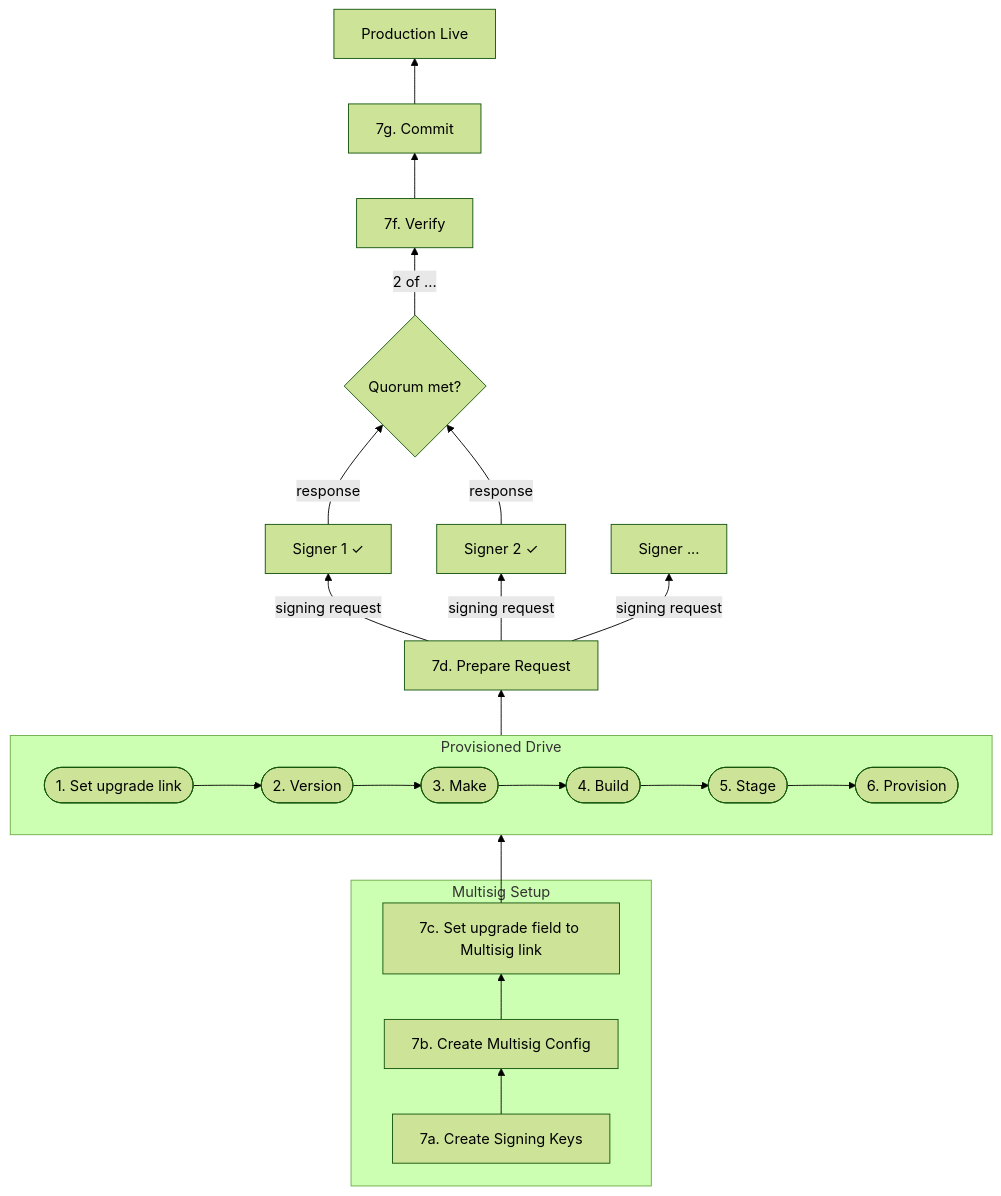
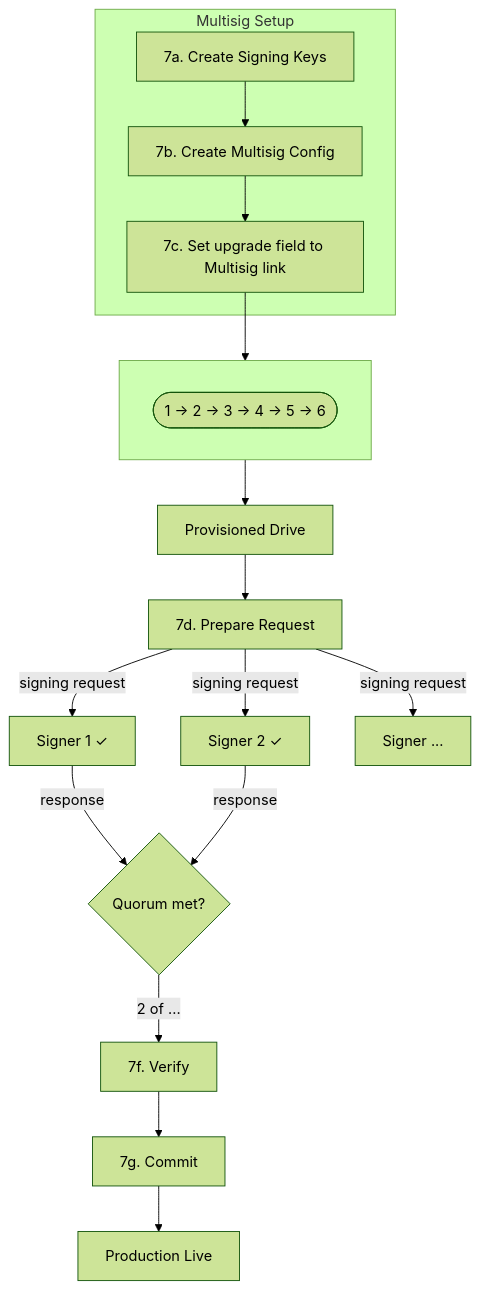
The sixth of 6 diagrams in README.md (holepunchto/hello-pear-electron), drawn with Mermaid (forest theme) before and after one commit. The commit also changed other lines of this file, not shown here.

````diff
--- a/README.md
+++ b/README.md
@@ -692,28 +692,25 @@
 ```mermaid
-graph BT
+graph TD
     subgraph Multisig Setup
         K[7a. Create Signing Keys] --> C[7b. Create Multisig Config]
         C --> L[7c. Set upgrade field to Multisig link]
     end
 
     L --> S1L
 
-    subgraph Provisioned Drive
+    subgraph " "
         direction LR
-        S1L([1. Set upgrade link]) --> S2([2. Version])
-        S2 --> S3([3. Make])
-        S3 --> S4([4. Build])
-        S4 --> S5([5. Stage])
-        S5 --> S6([6. Provision])
+        S1L([1 → 2 → 3 → 4 → 5 → 6])
     end
 
-    S6 --> Req[7d. Prepare Request]
+    S1L --> Prov[Provisioned Drive]
+    Prov --> Req[7d. Prepare Request]
     Req -->|signing request| Sg1[Signer 1 ✓]
     Req -->|signing request| Sg2[Signer 2 ✓]
     Req -->|signing request| Sg3[Signer ...]
     Sg1 -->|response| Q{Quorum met?}
     Sg2 -->|response| Q
     Q -->|2 of ...| Ver[7f. Verify]
     Ver --> Com[7g. Commit]
     Com --> Live[Production Live]
 ```
````
